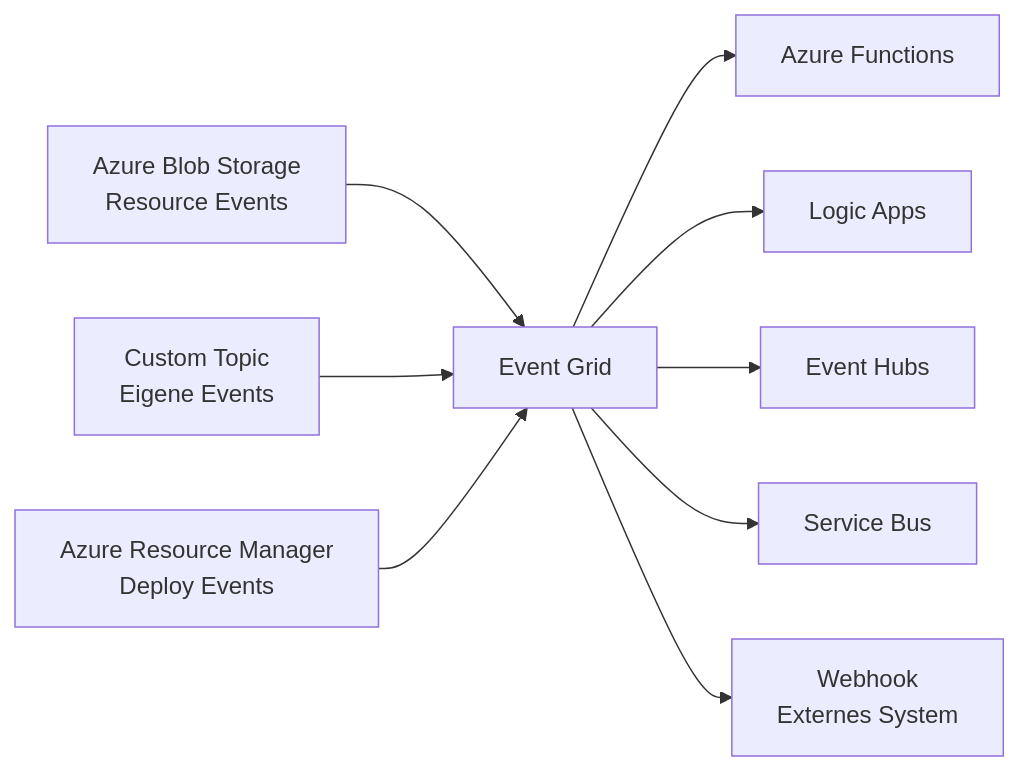
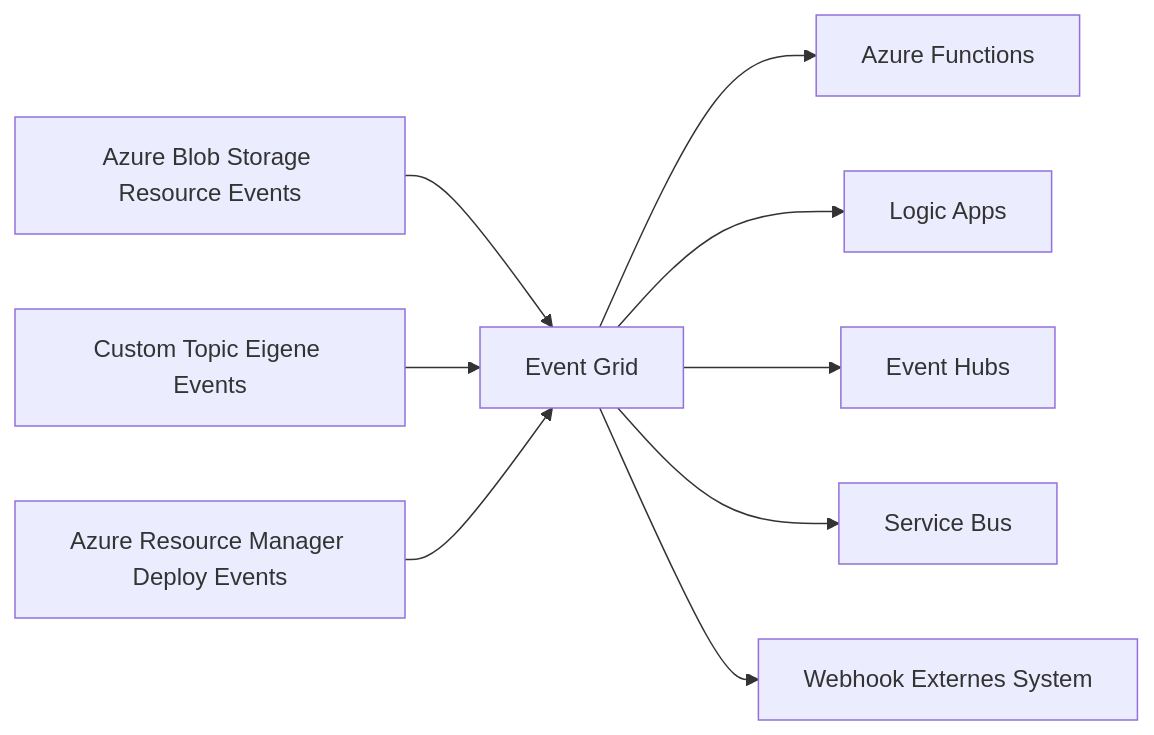
One commit to SoniiiT/notes-n-docs changed the first of 5 diagrams in Microsoft 365/Azure/Integration und Messaging/Azure Event Grid.md. Above: the diagram before and after it, drawn with Mermaid. The commit also changed other lines of this file and 124 other files, not shown here.

First line of the commit message:
fix: Entferne \n aus allen Mermaid-Diagrammen (125 Dateien)

````diff
--- a/Microsoft 365/Azure/Integration und Messaging/Azure Event Grid.md
+++ b/Microsoft 365/Azure/Integration und Messaging/Azure Event Grid.md
@@ -17,11 +17,11 @@
 ```mermaid
 flowchart LR
-    SRC1[Azure Blob Storage\nResource Events] --> EG[Event Grid]
-    SRC2[Custom Topic\nEigene Events] --> EG
-    SRC3[Azure Resource Manager\nDeploy Events] --> EG
+    SRC1[Azure Blob Storage Resource Events] --> EG[Event Grid]
+    SRC2[Custom Topic Eigene Events] --> EG
+    SRC3[Azure Resource Manager Deploy Events] --> EG
     EG --> H1[Azure Functions]
     EG --> H2[Logic Apps]
     EG --> H3[Event Hubs]
     EG --> H4[Service Bus]
-    EG --> H5[Webhook\nExternes System]
+    EG --> H5[Webhook Externes System]
 ```
````
